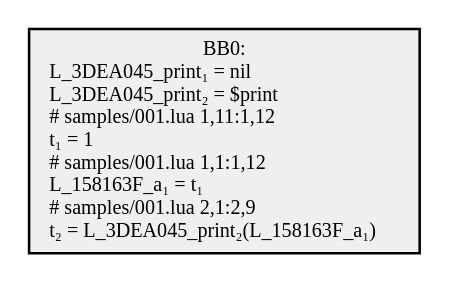
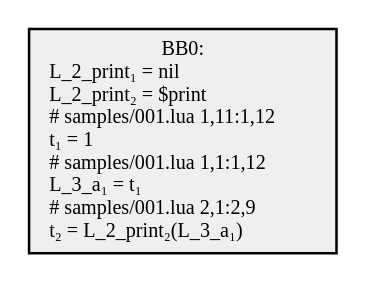
One commit to GGG-KILLER/SimpleCompiler changed the diagram in src/SimpleCompiler.Cli/samples/obj/001.1.dot. Above: the diagram before and after it, drawn with Graphviz. The commit also changed 27 other files, not shown here.

```diff
--- a/src/SimpleCompiler.Cli/samples/obj/001.1.dot
+++ b/src/SimpleCompiler.Cli/samples/obj/001.1.dot
@@ -1,5 +1,5 @@
 digraph {
   node[shape=box style=filled fontsize=8 fontname="Cascadia Code" fillcolor="#efefef"];
-  BB0 [label="BB0:\nL_3DEA045_print₁ = nil\lL_3DEA045_print₂ = $print\l# samples/001.lua 1,11:1,12\lt₁ = 1\l# samples/001.lua 1,1:1,12\lL_158163F_a₁ = t₁\l# samples/001.lua 2,1:2,9\lt₂ = L_3DEA045_print₂(L_158163F_a₁)\l"];
+  BB0 [label="BB0:\nL_2_print₁ = nil\lL_2_print₂ = $print\l# samples/001.lua 1,11:1,12\lt₁ = 1\l# samples/001.lua 1,1:1,12\lL_3_a₁ = t₁\l# samples/001.lua 2,1:2,9\lt₂ = L_2_print₂(L_3_a₁)\l"];
 
 }
```
